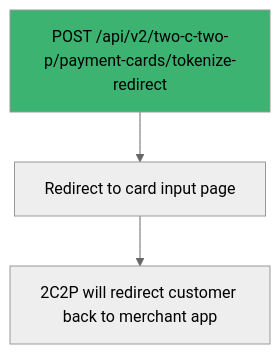
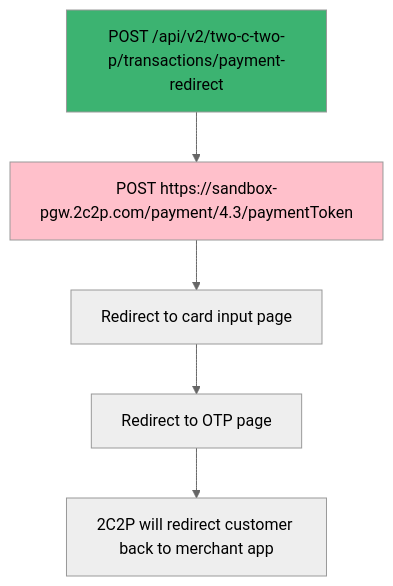
One commit to israelcoper/mermaid-diagram changed the diagram in 2c2p-card-tokenization-flow-redirect.md. Above: the diagram before and after it, drawn with Mermaid (neutral theme).

Commit message:
Update flowchart for first payment

````diff
--- a/2c2p-card-tokenization-flow-redirect.md
+++ b/2c2p-card-tokenization-flow-redirect.md
@@ -2,10 +2,13 @@
 ```mermaid
 ---
 title:
 ---
 flowchart TB;
-    style C fill:#3cb371
-    C[POST /api/v2/two-c-two-p/payment-cards/tokenize-redirect];
-    C-->E[Redirect to card input page];
-    E-->G[2C2P will redirect customer back to merchant app];
+    style A fill:#3cb371
+    style B fill:#ffc0cb
+    A[POST /api/v2/two-c-two-p/transactions/payment-redirect];
+    A-->B[POST https://sandbox-pgw.2c2p.com/payment/4.3/paymentToken]
+    B-->C[Redirect to card input page];
+    C-->D[Redirect to OTP page];
+    D-->E[2C2P will redirect customer back to merchant app];
 ```
````
